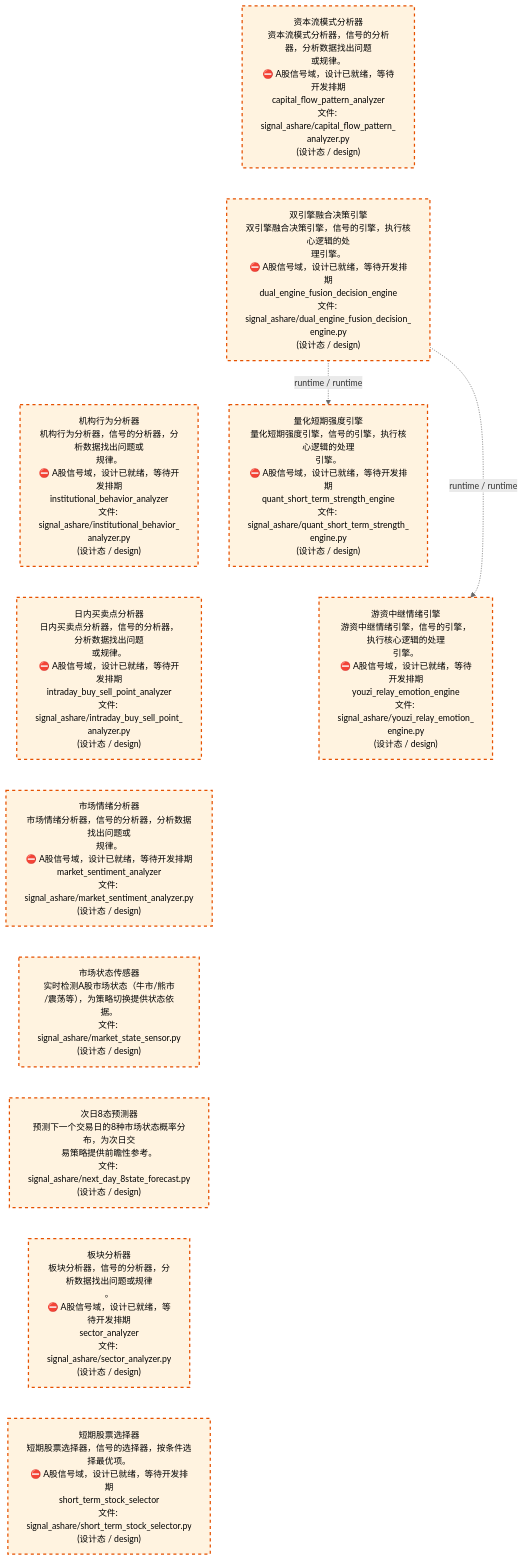
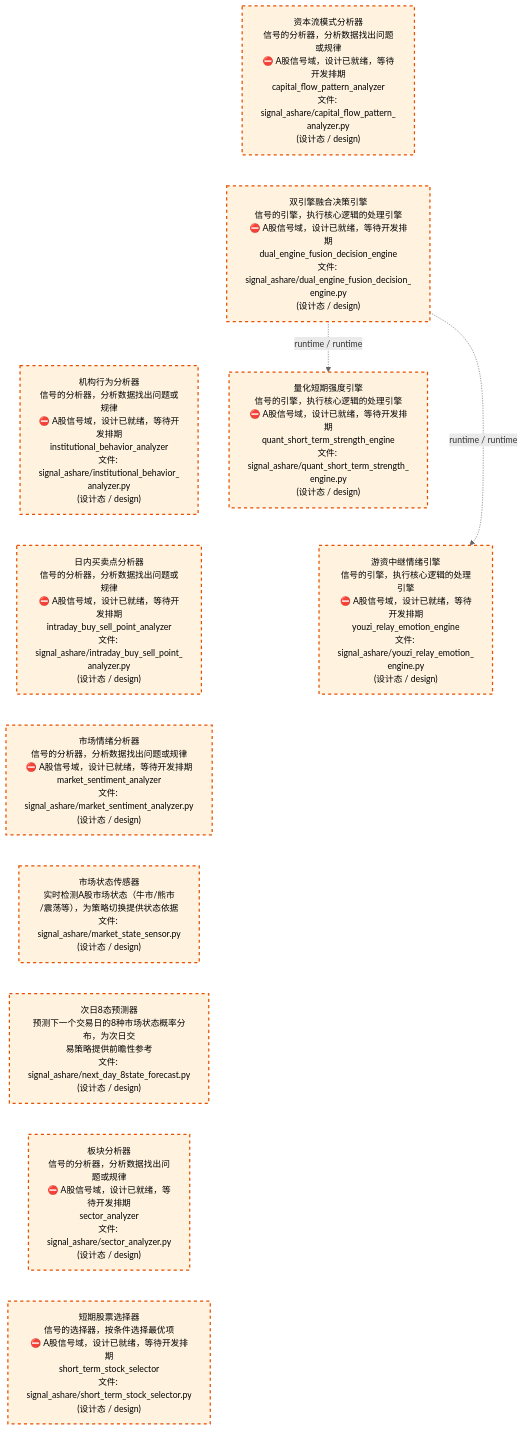
Before and after one commit to xuanFelixVan/ZephyrAlpha: the third of 4 diagrams in docs/02_enterprise_architecture/02_domain_architecture_docs/32_d_ashare_signal.md, drawn with Mermaid. The commit also changed other lines of this file and 63 other files, not shown here.

````diff
--- a/docs/02_enterprise_architecture/02_domain_architecture_docs/32_d_ashare_signal.md
+++ b/docs/02_enterprise_architecture/02_domain_architecture_docs/32_d_ashare_signal.md
@@ -134,31 +134,31 @@
 ```mermaid
 %%{init: {'theme': 'base', 'themeVariables': {'primaryColor': '#eaeaea', 'primaryTextColor': '#333333', 'primaryBorderColor': '#666666', 'lineColor': '#666666', 'secondaryColor': '#eaeaea', 'tertiaryColor': '#eaeaea', 'fontSize': '14px'}}}%%
 flowchart TD
-    src_zephyr_signal_ashare_capital_flow_pattern_analyzer_py["资本流模式分析器<br/>资本流模式分析器，信号的分析器，分析数据找出问题<br/>或规律。<br/>⛔ A股信号域，设计已就绪，等待开发排期<br/>capital_flow_pattern_analyzer<br/>文件: signal_ashare/capital_flow_pattern_<br/>analyzer.py<br/>(设计态 / design)"]
-    src_zephyr_signal_ashare_dual_engine_fusion_decision_engine_py["双引擎融合决策引擎<br/>双引擎融合决策引擎，信号的引擎，执行核心逻辑的处<br/>理引擎。<br/>⛔ A股信号域，设计已就绪，等待开发排期<br/>dual_engine_fusion_decision_engine<br/>文件: signal_ashare/dual_engine_fusion_decision_<br/>engine.py<br/>(设计态 / design)"]
-    src_zephyr_signal_ashare_institutional_behavior_analyzer_py["机构行为分析器<br/>机构行为分析器，信号的分析器，分析数据找出问题或<br/>规律。<br/>⛔ A股信号域，设计已就绪，等待开发排期<br/>institutional_behavior_analyzer<br/>文件: signal_ashare/institutional_behavior_<br/>analyzer.py<br/>(设计态 / design)"]
-    src_zephyr_signal_ashare_intraday_buy_sell_point_analyzer_py["日内买卖点分析器<br/>日内买卖点分析器，信号的分析器，分析数据找出问题<br/>或规律。<br/>⛔ A股信号域，设计已就绪，等待开发排期<br/>intraday_buy_sell_point_analyzer<br/>文件: signal_ashare/intraday_buy_sell_point_<br/>analyzer.py<br/>(设计态 / design)"]
-    src_zephyr_signal_ashare_market_sentiment_analyzer_py["市场情绪分析器<br/>市场情绪分析器，信号的分析器，分析数据找出问题或<br/>规律。<br/>⛔ A股信号域，设计已就绪，等待开发排期<br/>market_sentiment_analyzer<br/>文件: signal_ashare/market_sentiment_analyzer.py<br/>(设计态 / design)"]
-    src_zephyr_signal_ashare_market_state_sensor_py["市场状态传感器<br/>实时检测A股市场状态（牛市/熊市<br/>/震荡等），为策略切换提供状态依据。<br/>文件: signal_ashare/market_state_sensor.py<br/>(设计态 / design)"]
-    src_zephyr_signal_ashare_next_day_8state_forecast_py["次日8态预测器<br/>预测下一个交易日的8种市场状态概率分布，为次日交<br/>易策略提供前瞻性参考。<br/>文件: signal_ashare/next_day_8state_forecast.py<br/>(设计态 / design)"]
-    src_zephyr_signal_ashare_sector_analyzer_py["板块分析器<br/>板块分析器，信号的分析器，分析数据找出问题或规律<br/>。<br/>⛔ A股信号域，设计已就绪，等待开发排期<br/>sector_analyzer<br/>文件: signal_ashare/sector_analyzer.py<br/>(设计态 / design)"]
-    src_zephyr_signal_ashare_short_term_stock_selector_py["短期股票选择器<br/>短期股票选择器，信号的选择器，按条件选择最优项。<br/>⛔ A股信号域，设计已就绪，等待开发排期<br/>short_term_stock_selector<br/>文件: signal_ashare/short_term_stock_selector.py<br/>(设计态 / design)"]
+    src_zephyr_signal_ashare_capital_flow_pattern_analyzer_py["资本流模式分析器<br/>信号的分析器，分析数据找出问题或规律<br/>⛔ A股信号域，设计已就绪，等待开发排期<br/>capital_flow_pattern_analyzer<br/>文件: signal_ashare/capital_flow_pattern_<br/>analyzer.py<br/>(设计态 / design)"]
+    src_zephyr_signal_ashare_dual_engine_fusion_decision_engine_py["双引擎融合决策引擎<br/>信号的引擎，执行核心逻辑的处理引擎<br/>⛔ A股信号域，设计已就绪，等待开发排期<br/>dual_engine_fusion_decision_engine<br/>文件: signal_ashare/dual_engine_fusion_decision_<br/>engine.py<br/>(设计态 / design)"]
+    src_zephyr_signal_ashare_institutional_behavior_analyzer_py["机构行为分析器<br/>信号的分析器，分析数据找出问题或规律<br/>⛔ A股信号域，设计已就绪，等待开发排期<br/>institutional_behavior_analyzer<br/>文件: signal_ashare/institutional_behavior_<br/>analyzer.py<br/>(设计态 / design)"]
+    src_zephyr_signal_ashare_intraday_buy_sell_point_analyzer_py["日内买卖点分析器<br/>信号的分析器，分析数据找出问题或规律<br/>⛔ A股信号域，设计已就绪，等待开发排期<br/>intraday_buy_sell_point_analyzer<br/>文件: signal_ashare/intraday_buy_sell_point_<br/>analyzer.py<br/>(设计态 / design)"]
+    src_zephyr_signal_ashare_market_sentiment_analyzer_py["市场情绪分析器<br/>信号的分析器，分析数据找出问题或规律<br/>⛔ A股信号域，设计已就绪，等待开发排期<br/>market_sentiment_analyzer<br/>文件: signal_ashare/market_sentiment_analyzer.py<br/>(设计态 / design)"]
+    src_zephyr_signal_ashare_market_state_sensor_py["市场状态传感器<br/>实时检测A股市场状态（牛市/熊市<br/>/震荡等），为策略切换提供状态依据<br/>文件: signal_ashare/market_state_sensor.py<br/>(设计态 / design)"]
+    src_zephyr_signal_ashare_next_day_8state_forecast_py["次日8态预测器<br/>预测下一个交易日的8种市场状态概率分布，为次日交<br/>易策略提供前瞻性参考<br/>文件: signal_ashare/next_day_8state_forecast.py<br/>(设计态 / design)"]
+    src_zephyr_signal_ashare_sector_analyzer_py["板块分析器<br/>信号的分析器，分析数据找出问题或规律<br/>⛔ A股信号域，设计已就绪，等待开发排期<br/>sector_analyzer<br/>文件: signal_ashare/sector_analyzer.py<br/>(设计态 / design)"]
+    src_zephyr_signal_ashare_short_term_stock_selector_py["短期股票选择器<br/>信号的选择器，按条件选择最优项<br/>⛔ A股信号域，设计已就绪，等待开发排期<br/>short_term_stock_selector<br/>文件: signal_ashare/short_term_stock_selector.py<br/>(设计态 / design)"]
     src_zephyr_signal_ashare_capital_flow_pattern_analyzer_py ~~~ src_zephyr_signal_ashare_dual_engine_fusion_decision_engine_py
     src_zephyr_signal_ashare_dual_engine_fusion_decision_engine_py ~~~ src_zephyr_signal_ashare_institutional_behavior_analyzer_py
     src_zephyr_signal_ashare_institutional_behavior_analyzer_py ~~~ src_zephyr_signal_ashare_intraday_buy_sell_point_analyzer_py
     src_zephyr_signal_ashare_intraday_buy_sell_point_analyzer_py ~~~ src_zephyr_signal_ashare_market_sentiment_analyzer_py
     src_zephyr_signal_ashare_market_sentiment_analyzer_py ~~~ src_zephyr_signal_ashare_market_state_sensor_py
     src_zephyr_signal_ashare_market_state_sensor_py ~~~ src_zephyr_signal_ashare_next_day_8state_forecast_py
     src_zephyr_signal_ashare_next_day_8state_forecast_py ~~~ src_zephyr_signal_ashare_sector_analyzer_py
     src_zephyr_signal_ashare_sector_analyzer_py ~~~ src_zephyr_signal_ashare_short_term_stock_selector_py
-    src_zephyr_signal_ashare_quant_short_term_strength_engine_py["量化短期强度引擎<br/>量化短期强度引擎，信号的引擎，执行核心逻辑的处理<br/>引擎。<br/>⛔ A股信号域，设计已就绪，等待开发排期<br/>quant_short_term_strength_engine<br/>文件: signal_ashare/quant_short_term_strength_<br/>engine.py<br/>(设计态 / design)"]
-    src_zephyr_signal_ashare_youzi_relay_emotion_engine_py["游资中继情绪引擎<br/>游资中继情绪引擎，信号的引擎，执行核心逻辑的处理<br/>引擎。<br/>⛔ A股信号域，设计已就绪，等待开发排期<br/>youzi_relay_emotion_engine<br/>文件: signal_ashare/youzi_relay_emotion_<br/>engine.py<br/>(设计态 / design)"]
+    src_zephyr_signal_ashare_quant_short_term_strength_engine_py["量化短期强度引擎<br/>信号的引擎，执行核心逻辑的处理引擎<br/>⛔ A股信号域，设计已就绪，等待开发排期<br/>quant_short_term_strength_engine<br/>文件: signal_ashare/quant_short_term_strength_<br/>engine.py<br/>(设计态 / design)"]
+    src_zephyr_signal_ashare_youzi_relay_emotion_engine_py["游资中继情绪引擎<br/>信号的引擎，执行核心逻辑的处理引擎<br/>⛔ A股信号域，设计已就绪，等待开发排期<br/>youzi_relay_emotion_engine<br/>文件: signal_ashare/youzi_relay_emotion_<br/>engine.py<br/>(设计态 / design)"]
     src_zephyr_signal_ashare_quant_short_term_strength_engine_py ~~~ src_zephyr_signal_ashare_youzi_relay_emotion_engine_py
     src_zephyr_signal_ashare_dual_engine_fusion_decision_engine_py -.->|runtime / runtime| src_zephyr_signal_ashare_youzi_relay_emotion_engine_py
     src_zephyr_signal_ashare_dual_engine_fusion_decision_engine_py -.->|runtime / runtime| src_zephyr_signal_ashare_quant_short_term_strength_engine_py
     classDef production fill:#e1f5fe,stroke:#01579b,stroke-width:2px,color:#000
     classDef design fill:#fff3e0,stroke:#e65100,stroke-width:2px,color:#000,stroke-dasharray: 5 5
     classDef external_prod fill:#e8f4fd,stroke:#0277bd,stroke-width:1px,color:#000
     classDef external_design fill:#fff8e7,stroke:#ef6c00,stroke-width:1px,color:#000,stroke-dasharray: 5 5
     class src_zephyr_signal_ashare_capital_flow_pattern_analyzer_py,src_zephyr_signal_ashare_dual_engine_fusion_decision_engine_py,src_zephyr_signal_ashare_institutional_behavior_analyzer_py,src_zephyr_signal_ashare_intraday_buy_sell_point_analyzer_py,src_zephyr_signal_ashare_market_sentiment_analyzer_py,src_zephyr_signal_ashare_market_state_sensor_py,src_zephyr_signal_ashare_next_day_8state_forecast_py,src_zephyr_signal_ashare_quant_short_term_strength_engine_py,src_zephyr_signal_ashare_sector_analyzer_py,src_zephyr_signal_ashare_short_term_stock_selector_py,src_zephyr_signal_ashare_youzi_relay_emotion_engine_py design
 ```
````
